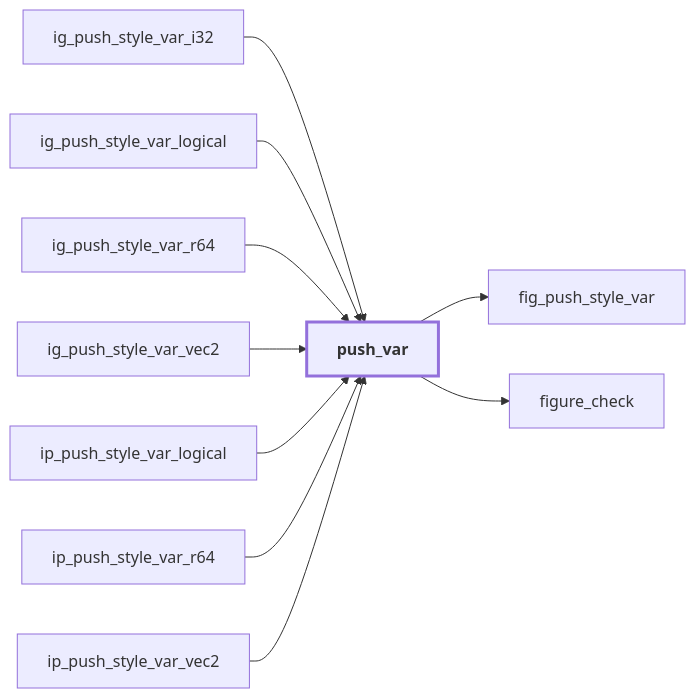
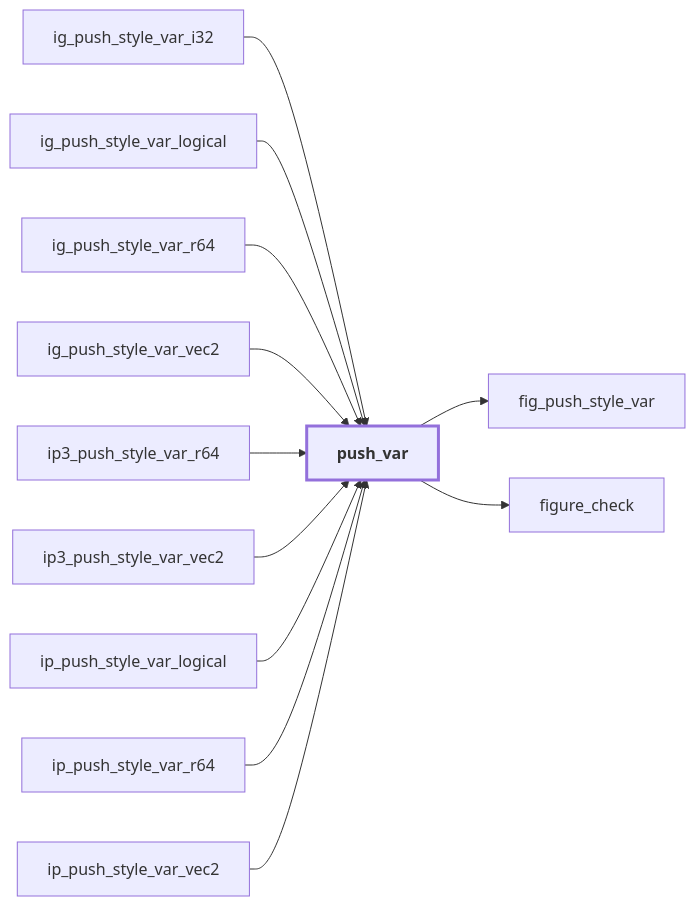
Before and after one commit to szaghi/figure: the fourth of 50 diagrams in docs/api/src/lib/figure_style.md, drawn with Mermaid. The commit also changed other lines of this file and 36 other files, not shown here.

````diff
--- a/docs/api/src/lib/figure_style.md
+++ b/docs/api/src/lib/figure_style.md
@@ -248,23 +275,27 @@
 ```mermaid
 flowchart LR
   ig_push_style_var_i32["ig_push_style_var_i32"] --> push_var["push_var"]
   ig_push_style_var_logical["ig_push_style_var_logical"] --> push_var["push_var"]
   ig_push_style_var_r64["ig_push_style_var_r64"] --> push_var["push_var"]
   ig_push_style_var_vec2["ig_push_style_var_vec2"] --> push_var["push_var"]
+  ip3_push_style_var_r64["ip3_push_style_var_r64"] --> push_var["push_var"]
+  ip3_push_style_var_vec2["ip3_push_style_var_vec2"] --> push_var["push_var"]
   ip_push_style_var_logical["ip_push_style_var_logical"] --> push_var["push_var"]
   ip_push_style_var_r64["ip_push_style_var_r64"] --> push_var["push_var"]
   ip_push_style_var_vec2["ip_push_style_var_vec2"] --> push_var["push_var"]
   push_var["push_var"] --> fig_push_style_var["fig_push_style_var"]
   push_var["push_var"] --> figure_check["figure_check"]
   classDef focus stroke-width:3px,font-weight:bold
   class push_var focus
   click ig_push_style_var_i32 href "#ig-push-style-var-i32" "ig_push_style_var_i32"
   click ig_push_style_var_logical href "#ig-push-style-var-logical" "ig_push_style_var_logical"
   click ig_push_style_var_r64 href "#ig-push-style-var-r64" "ig_push_style_var_r64"
   click ig_push_style_var_vec2 href "#ig-push-style-var-vec2" "ig_push_style_var_vec2"
+  click ip3_push_style_var_r64 href "#ip3-push-style-var-r64" "ip3_push_style_var_r64"
+  click ip3_push_style_var_vec2 href "#ip3-push-style-var-vec2" "ip3_push_style_var_vec2"
   click ip_push_style_var_logical href "#ip-push-style-var-logical" "ip_push_style_var_logical"
   click ip_push_style_var_r64 href "#ip-push-style-var-r64" "ip_push_style_var_r64"
   click ip_push_style_var_vec2 href "#ip-push-style-var-vec2" "ip_push_style_var_vec2"
   click figure_check href "figure_base.html#figure-check" "figure_check"
   click fig_push_style_var href "figure_c_native.html#fig-push-style-var" "fig_push_style_var"
 ```
````
